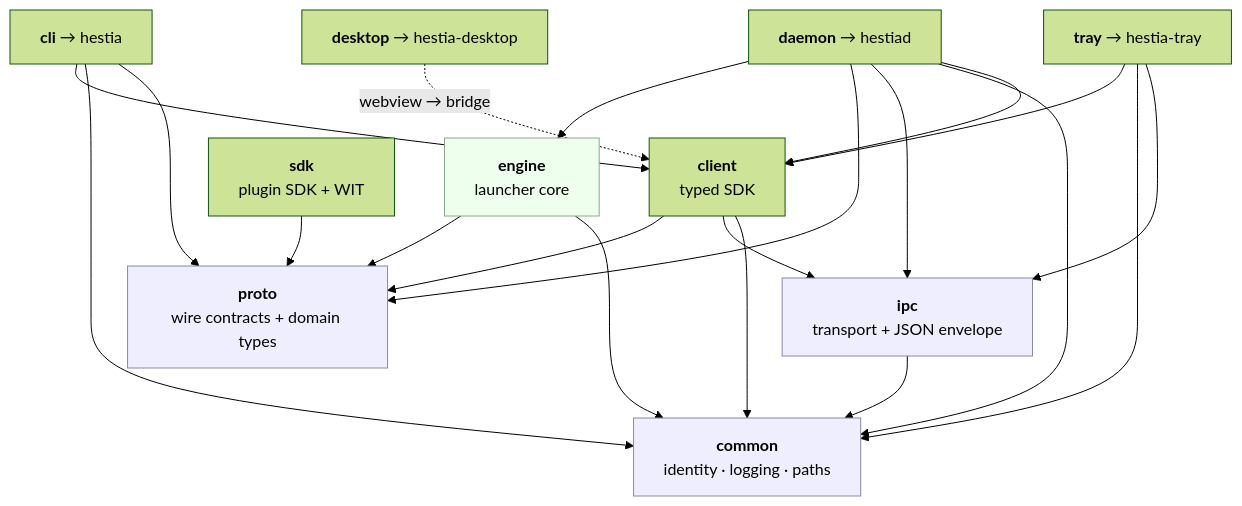
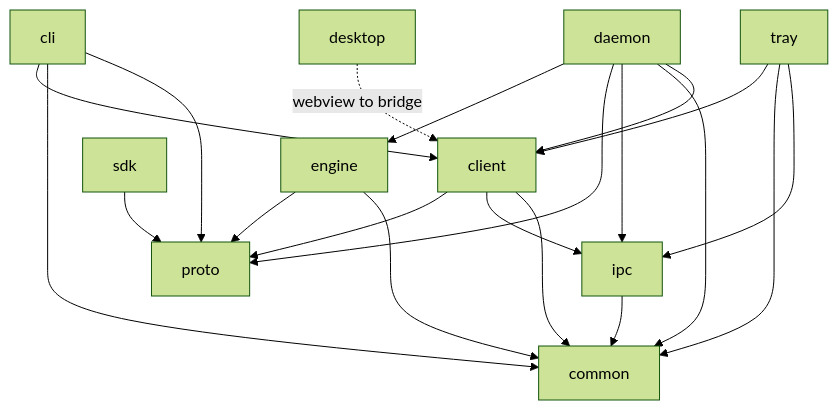
One commit to prytaneum/hestia changed the second of 3 diagrams in docs/architecture.md. Above: the diagram before and after it, drawn with Mermaid (forest theme). The commit also changed other lines of this file and 11 other files, not shown here.

Commit message:
docs(architecture): describe the current system only

````diff
--- a/docs/architecture.md
+++ b/docs/architecture.md
@@ -71,27 +43,11 @@
 ```mermaid
 flowchart TD
-    proto["<b>proto</b><br/>wire contracts + domain types"]
-    ipc["<b>ipc</b><br/>transport + JSON envelope"]
-    common["<b>common</b><br/>identity · logging · paths"]
-    client["<b>client</b><br/>typed SDK"]
-    engine["<b>engine</b><br/>launcher core"]
-    cli["<b>cli</b> → hestia"]
-    daemon["<b>daemon</b> → hestiad"]
-    desktop["<b>desktop</b> → hestia-desktop"]
-    sdk["<b>sdk</b><br/>plugin SDK + WIT"]
-    tray["<b>tray</b> → hestia-tray"]
-
     client --> proto & ipc & common
     sdk --> proto
     ipc --> common
     engine --> proto & common
     cli --> client & common & proto
     daemon --> engine & proto & ipc & common & client
     tray --> client & common & ipc
-    desktop -.->|"webview → bridge"| client
-
-    classDef leaf fill:#eef,stroke:#88a
-    classDef core fill:#efe,stroke:#8a8
-    class proto,ipc,common leaf
-    class engine core
+    desktop -.->|"webview to bridge"| client
 ```
````
